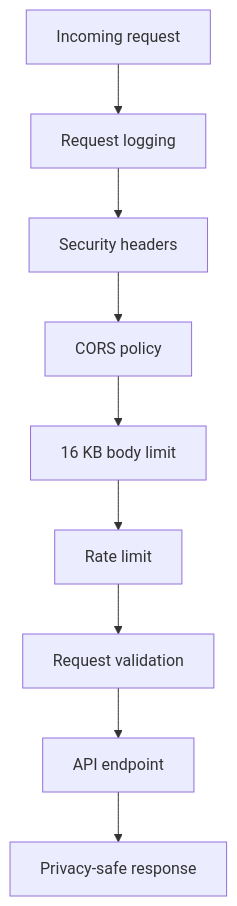
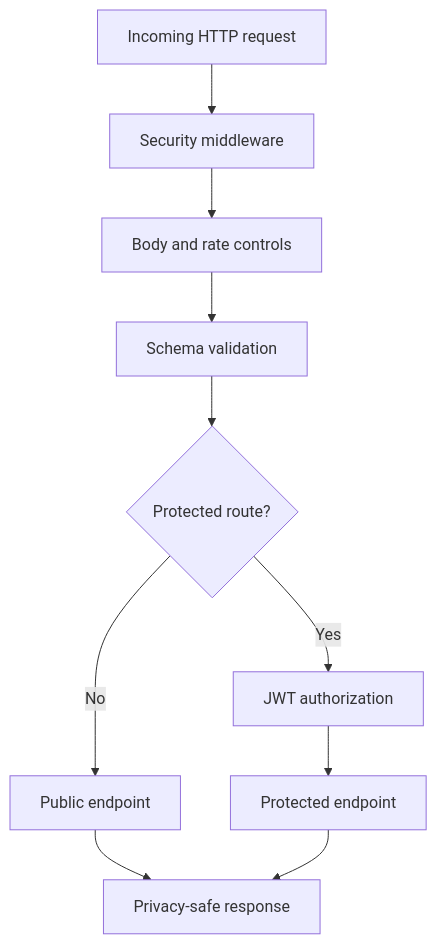
The third of 8 diagrams in ARCHITECTURE.md (sreemanbondada-sudo/PromptShield), drawn with Mermaid before and after one commit. The commit also changed other lines of this file, not shown here.

Commit message:
docs: update authentication architecture

````diff
--- a/ARCHITECTURE.md
+++ b/ARCHITECTURE.md
@@ -26,11 +126,12 @@
 ```mermaid
 flowchart TD
-    A[Incoming request] --> B[Request logging]
-    B --> C[Security headers]
-    C --> D[CORS policy]
-    D --> E[16 KB body limit]
-    E --> F[Rate limit]
-    F --> G[Request validation]
-    G --> H[API endpoint]
-    H --> I[Privacy-safe response]
+    A[Incoming HTTP request] --> B[Security middleware]
+    B --> C[Body and rate controls]
+    C --> D[Schema validation]
+    D --> E{Protected route?}
+    E -->|Yes| F[JWT authorization]
+    E -->|No| G[Public endpoint]
+    F --> H[Protected endpoint]
+    G --> I[Privacy-safe response]
+    H --> I
 ```
````
